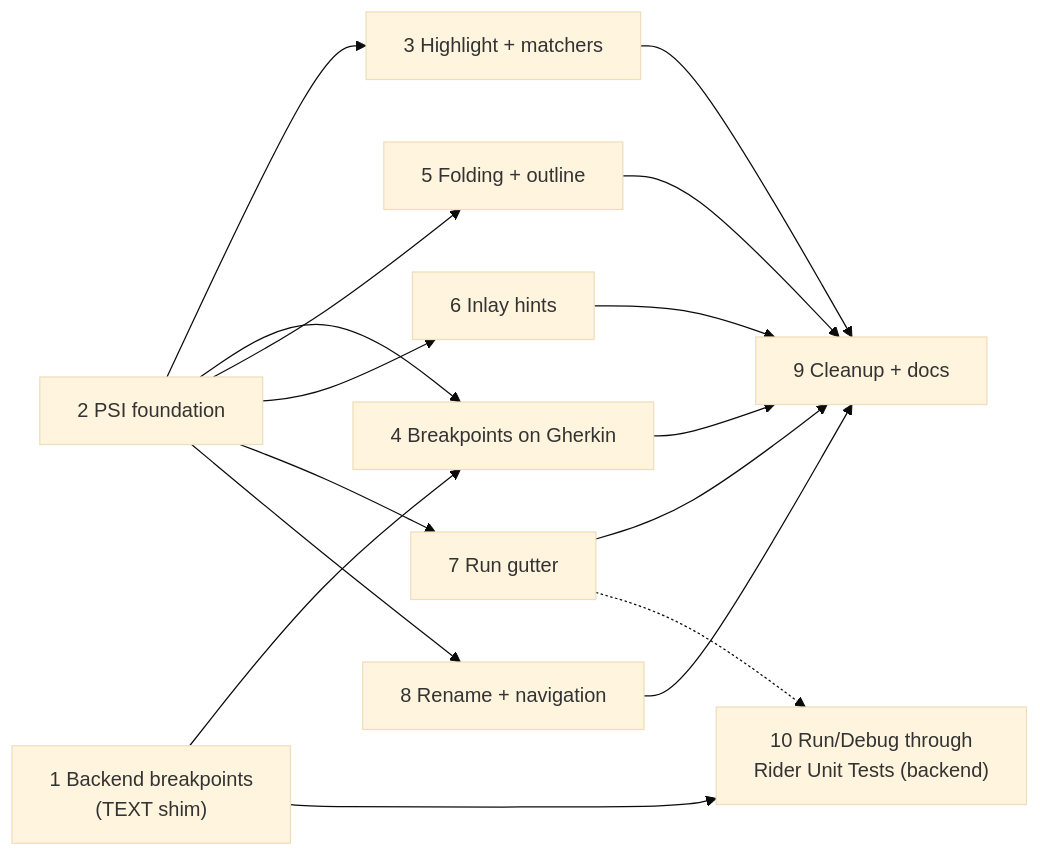
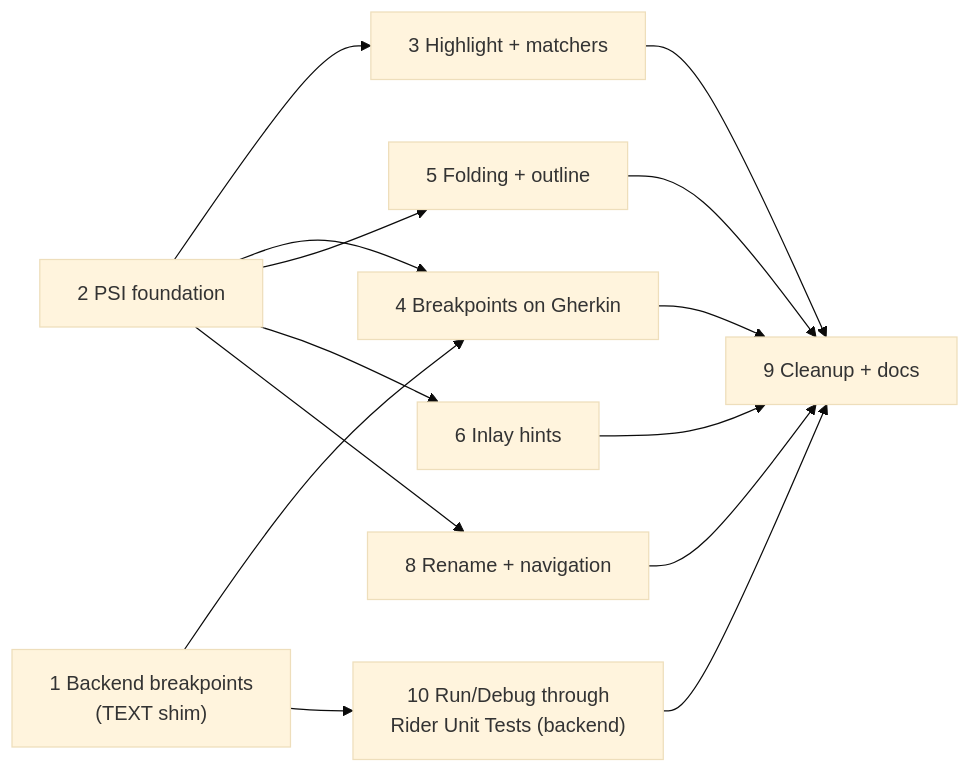
Before and after one commit to reqnroll/Reqnroll.IdeSupport: the diagram in docs/Rider-Gherkin-PSI-Plan.md, drawn with Mermaid (base theme). The commit also changed other lines of this file and 1 other file, not shown here.

````diff
--- a/docs/Rider-Gherkin-PSI-Plan.md
+++ b/docs/Rider-Gherkin-PSI-Plan.md
@@ -230,18 +252,16 @@
 ```mermaid
 flowchart LR
     P1["1 Backend breakpoints<br/>(TEXT shim)"] --> P4
     P2["2 PSI foundation"] --> P3["3 Highlight + matchers"]
     P2 --> P4["4 Breakpoints on Gherkin"]
     P2 --> P5["5 Folding + outline"]
     P2 --> P6["6 Inlay hints"]
-    P2 --> P7["7 Run gutter"]
     P2 --> P8["8 Rename + navigation"]
     P3 --> P9["9 Cleanup + docs"]
     P4 --> P9
     P5 --> P9
     P6 --> P9
-    P7 --> P9
     P8 --> P9
     P1 --> P10["10 Run/Debug through<br/>Rider Unit Tests (backend)"]
-    P7 -.-> P10
+    P10 --> P9
 ```
````
